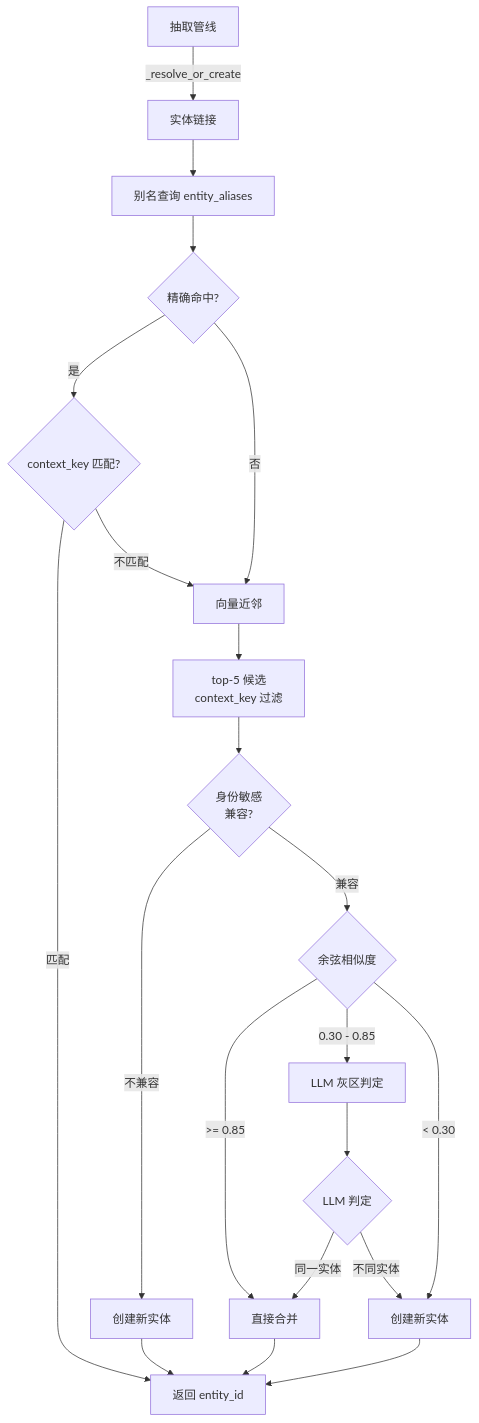
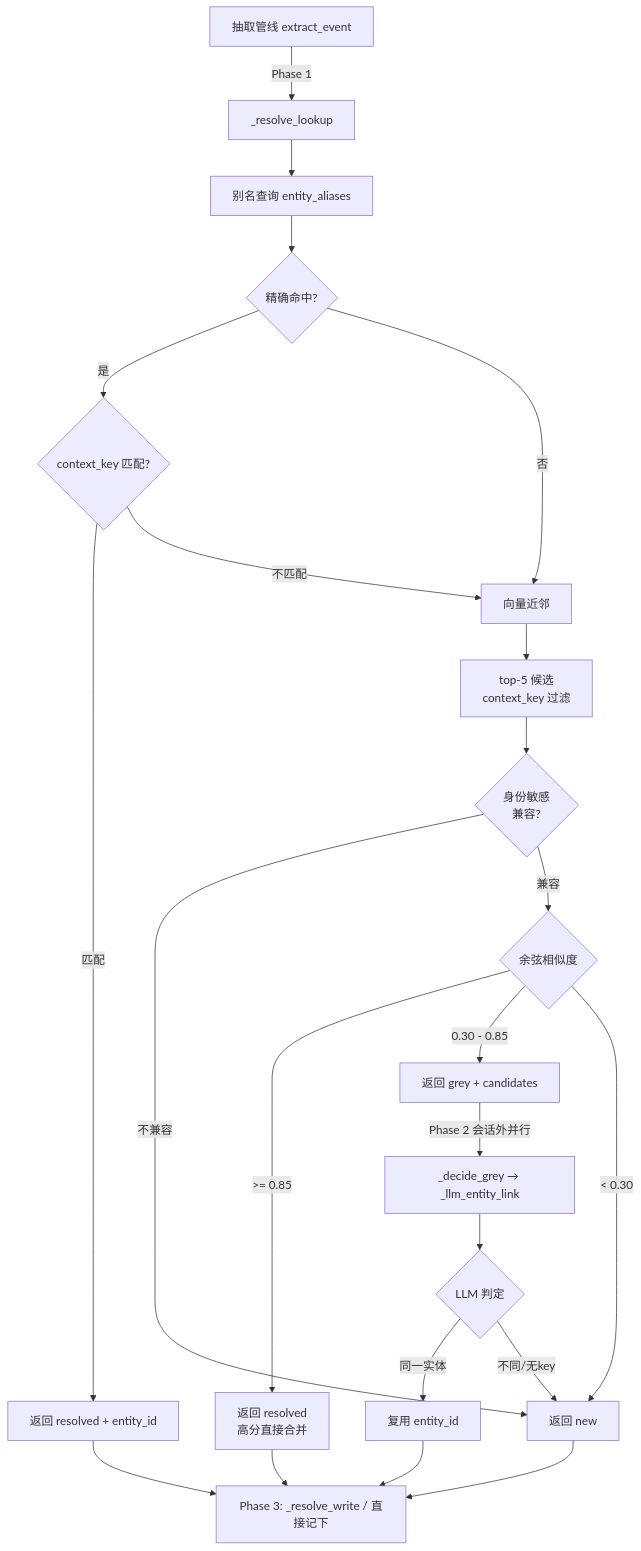
One commit to pty819/cortex-py-book changed the third of 3 diagrams in source/chapters/05-entity-linking.md. Above: the diagram before and after it, drawn with Mermaid. The commit also changed other lines of this file and 10 other files, not shown here.

````diff
--- a/source/chapters/05-entity-linking.md
+++ b/source/chapters/05-entity-linking.md
@@ -208,26 +285,28 @@
 ```{mermaid}
 flowchart TD
-    EXT[抽取管线] -->|_resolve_or_create| LINK[实体链接]
+    EXT[抽取管线 extract_event] -->|Phase 1| LINK[_resolve_lookup]
     LINK --> A[别名查询 entity_aliases]
     A --> HIT{精确命中?}
     HIT -->|是| CTX{context_key 匹配?}
-    CTX -->|匹配| DONE[返回 entity_id]
+    CTX -->|匹配| RES[返回 resolved + entity_id]
     CTX -->|不匹配| B[向量近邻]
     HIT -->|否| B
-    
+
     B --> CAND[top-5 候选<br/>context_key 过滤]
     CAND --> COMPAT{身份敏感<br/>兼容?}
-    COMPAT -->|不兼容| NEW1[创建新实体]
+    COMPAT -->|不兼容| NEW[返回 new]
     COMPAT -->|兼容| SIM{余弦相似度}
-    SIM -->|>= 0.85| MERGE[直接合并]
-    SIM -->|0.30 - 0.85| LLM[LLM 灰区判定]
-    SIM -->|< 0.30| NEW2[创建新实体]
-    
+    SIM -->|>= 0.85| RES2[返回 resolved<br/>高分直接合并]
+    SIM -->|0.30 - 0.85| GREY[返回 grey + candidates]
+    SIM -->|< 0.30| NEW
+
+    GREY -->|Phase 2 会话外并行| LLM[_decide_grey → _llm_entity_link]
     LLM --> DECIDE{LLM 判定}
-    DECIDE -->|同一实体| MERGE
-    DECIDE -->|不同实体| NEW2
-    
-    MERGE --> DONE
-    NEW1 --> DONE
-    NEW2 --> DONE
+    DECIDE -->|同一实体| REUSE[复用 entity_id]
+    DECIDE -->|不同/无key| NEW
+
+    RES --> W[Phase 3: _resolve_write / 直接记下]
+    RES2 --> W
+    REUSE --> W
+    NEW --> W
 ```
````
